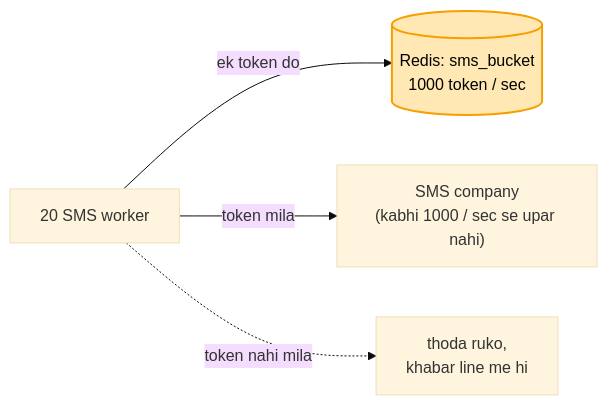
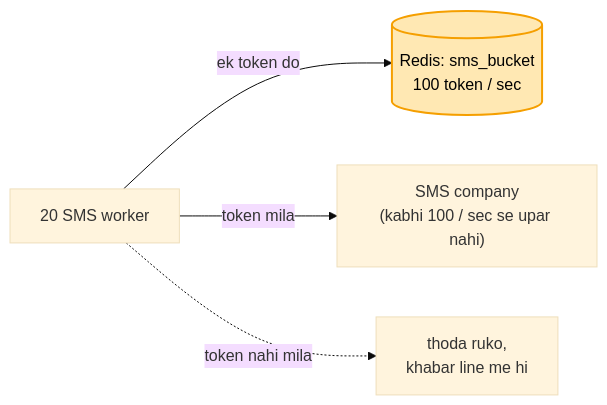
Before and after one commit to ArpanMaheshwari144/Prep: the eighth of 11 diagrams in 04_HLD/SYSTEM_DESIGNS/04_notification_system/04_notification_system.md, drawn with Mermaid (base theme). The commit also changed other lines of this file and 2 other files, not shown here.

Commit message:
HLD: main file = hand notes (cache 10 se 11 machine, notification SMS had 100/s, rate limiter kadam 1-4 Ravi ke OTP pe)

````diff
--- a/04_HLD/SYSTEM_DESIGNS/04_notification_system/04_notification_system.md
+++ b/04_HLD/SYSTEM_DESIGNS/04_notification_system/04_notification_system.md
@@ -336,7 +336,7 @@
 ```mermaid
 flowchart LR
-    W["20 SMS worker"] -- "ek token do" --> R[("Redis: sms_bucket<br/>1000 token / sec")]
-    W -- "token mila" --> C["SMS company<br/>(kabhi 1000 / sec se upar nahi)"]
+    W["20 SMS worker"] -- "ek token do" --> R[("Redis: sms_bucket<br/>100 token / sec")]
+    W -- "token mila" --> C["SMS company<br/>(kabhi 100 / sec se upar nahi)"]
     W -. "token nahi mila" .-> Z["thoda ruko,<br/>khabar line me hi"]
     style R fill:#ffe8b3,stroke:#f59f00,stroke-width:2px,color:#000
 ```
````
